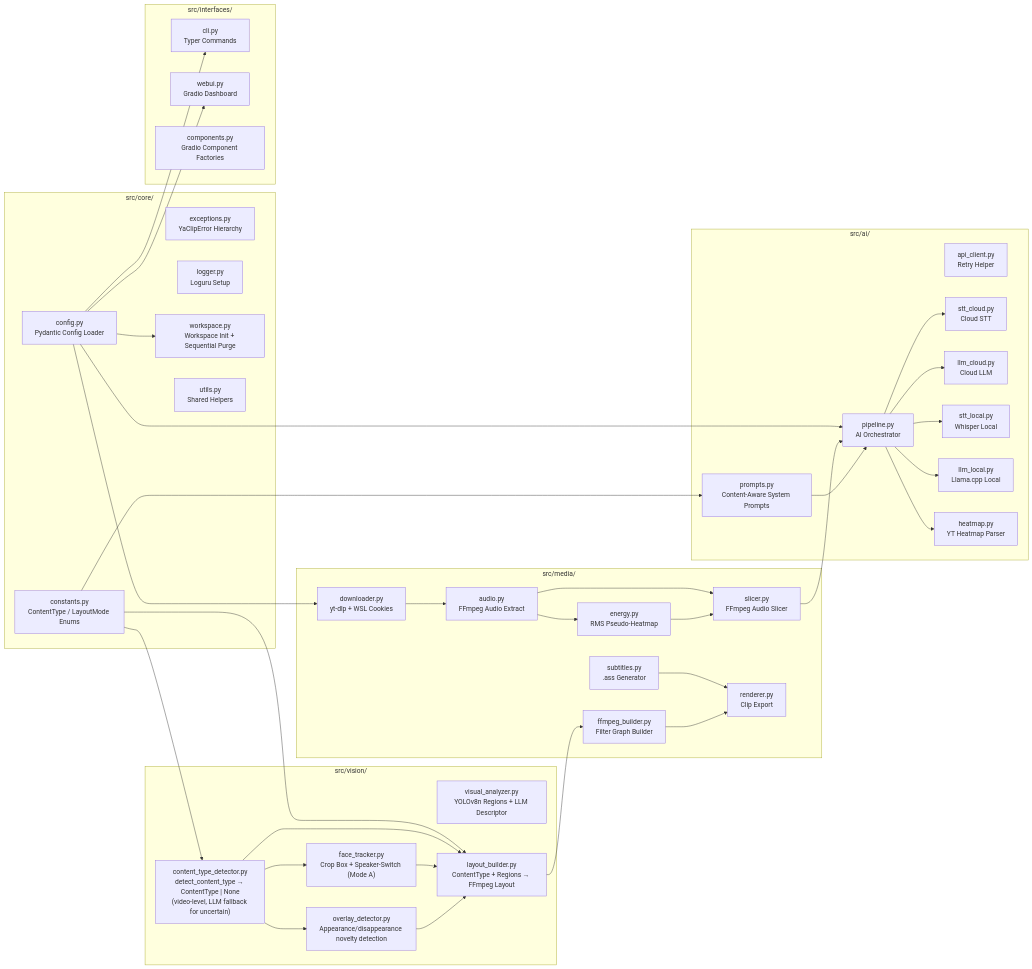
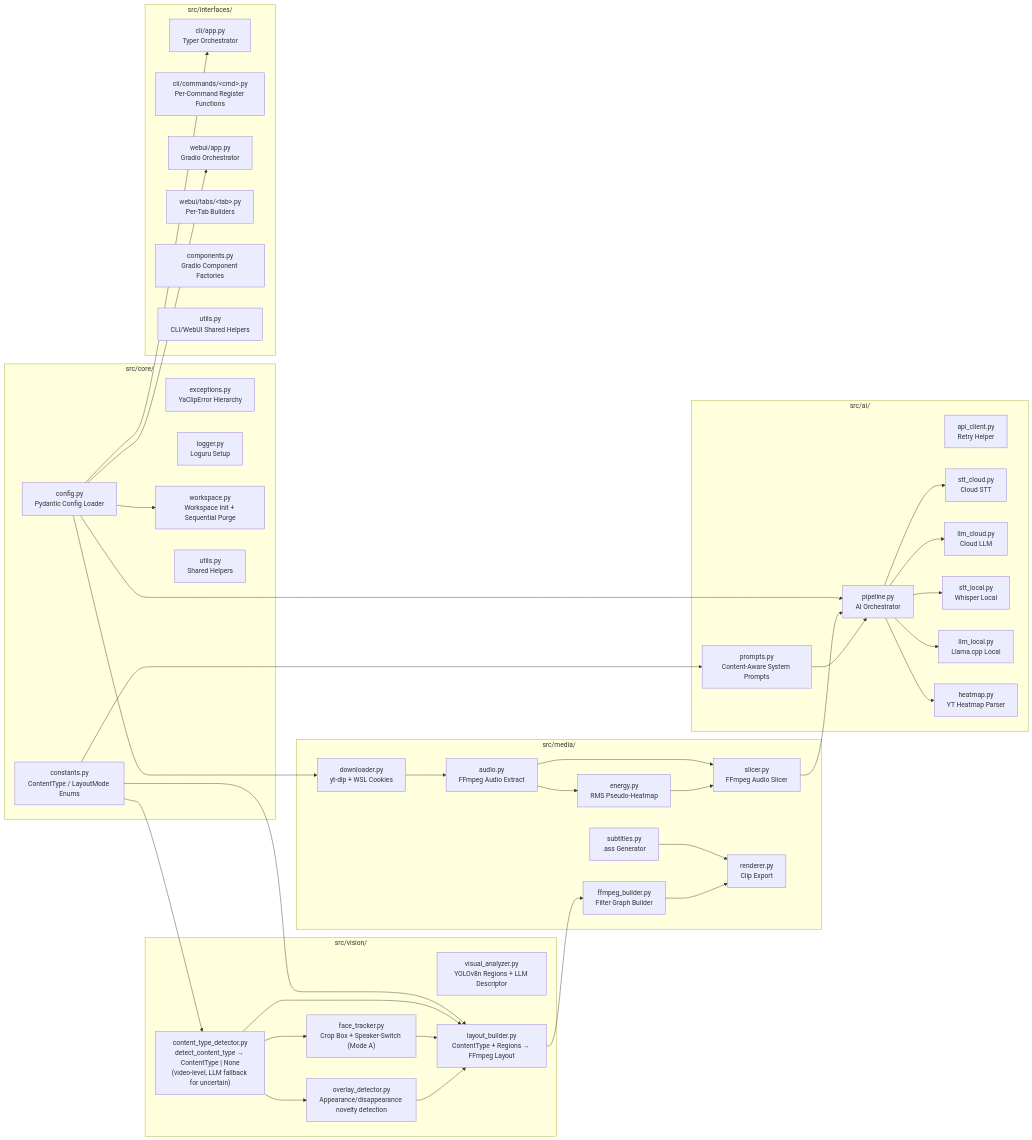
The diagram in docs/ARCHITECTURE.md (dimaskiddo/yaclip), drawn with Mermaid before and after one commit. The commit also changed other lines of this file and 6 other files, not shown here.

````diff
--- a/docs/ARCHITECTURE.md
+++ b/docs/ARCHITECTURE.md
@@ -13,78 +13,81 @@
 ```mermaid
 graph LR
     subgraph core["src/core/"]
         Config["config.py<br/>Pydantic Config Loader"]
         Constants["constants.py<br/>ContentType / LayoutMode Enums"]
         Exceptions["exceptions.py<br/>YaClipError Hierarchy"]
         Logger["logger.py<br/>Loguru Setup"]
         Cache["workspace.py<br/>Workspace Init + Sequential Purge"]
         Utils["utils.py<br/>Shared Helpers"]
     end
 
     subgraph media["src/media/"]
         Downloader["downloader.py<br/>yt-dlp + WSL Cookies"]
         Audio["audio.py<br/>FFmpeg Audio Extract"]
         Energy["energy.py<br/>RMS Pseudo-Heatmap"]
         Slicer["slicer.py<br/>FFmpeg Audio Slicer"]
         Subtitles["subtitles.py<br/>.ass Generator"]
         FFBuilder["ffmpeg_builder.py<br/>Filter Graph Builder"]
         Renderer["renderer.py<br/>Clip Export"]
     end
 
     subgraph ai["src/ai/"]
         Pipeline["pipeline.py<br/>AI Orchestrator"]
         APIClient["api_client.py<br/>Retry Helper"]
         STTCloud["stt_cloud.py<br/>Cloud STT"]
         LLMCloud["llm_cloud.py<br/>Cloud LLM"]
         LocalSTT["stt_local.py<br/>Whisper Local"]
         LocalLLM["llm_local.py<br/>Llama.cpp Local"]
         Heatmap["heatmap.py<br/>YT Heatmap Parser"]
         Prompts["prompts.py<br/>Content-Aware System Prompts"]
     end
 
     subgraph vision["src/vision/"]
         VisualAnalyzer["visual_analyzer.py<br/>YOLOv8n Regions + LLM Descriptor"]
         ContentDetector["content_type_detector.py<br/>detect_content_type → ContentType | None<br/>(video-level, LLM fallback for uncertain)"]
         FaceTracker["face_tracker.py<br/>Crop Box + Speaker-Switch (Mode A)"]
         LayoutBuilder["layout_builder.py<br/>ContentType + Regions → FFmpeg Layout"]
         OverlayDetector["overlay_detector.py<br/>Appearance/disappearance novelty detection"]
     end
 
     subgraph interfaces["src/interfaces/"]
-        CLI["cli.py<br/>Typer Commands"]
-        WebUI["webui.py<br/>Gradio Dashboard"]
+        CLIApp["cli/app.py<br/>Typer Orchestrator"]
+        CLICmds["cli/commands/&lt;cmd&gt;.py<br/>Per-Command Register Functions"]
+        WebUIApp["webui/app.py<br/>Gradio Orchestrator"]
+        WebUITabs["webui/tabs/&lt;tab&gt;.py<br/>Per-Tab Builders"]
         Components["components.py<br/>Gradio Component Factories"]
+        IfUtils["utils.py<br/>CLI/WebUI Shared Helpers"]
     end
 
     Config --> Pipeline
     Config --> Downloader
-    Config --> WebUI
-    Config --> CLI
+    Config --> CLIApp
+    Config --> WebUIApp
     Config --> Cache
     Constants --> ContentDetector
     Constants --> LayoutBuilder
     Constants --> Prompts
 
     Downloader --> Audio
     Audio --> Energy
     Audio --> Slicer
     Energy --> Slicer
 
     Slicer --> Pipeline
     Pipeline --> STTCloud
     Pipeline --> LLMCloud
     Pipeline --> LocalSTT
     Pipeline --> LocalLLM
     Pipeline --> Heatmap
     Prompts --> Pipeline
 
     ContentDetector --> FaceTracker
     ContentDetector --> OverlayDetector
     ContentDetector --> LayoutBuilder
     FaceTracker --> LayoutBuilder
     OverlayDetector --> LayoutBuilder
 
     Subtitles --> Renderer
     LayoutBuilder --> FFBuilder
     FFBuilder --> Renderer
 ```
````
